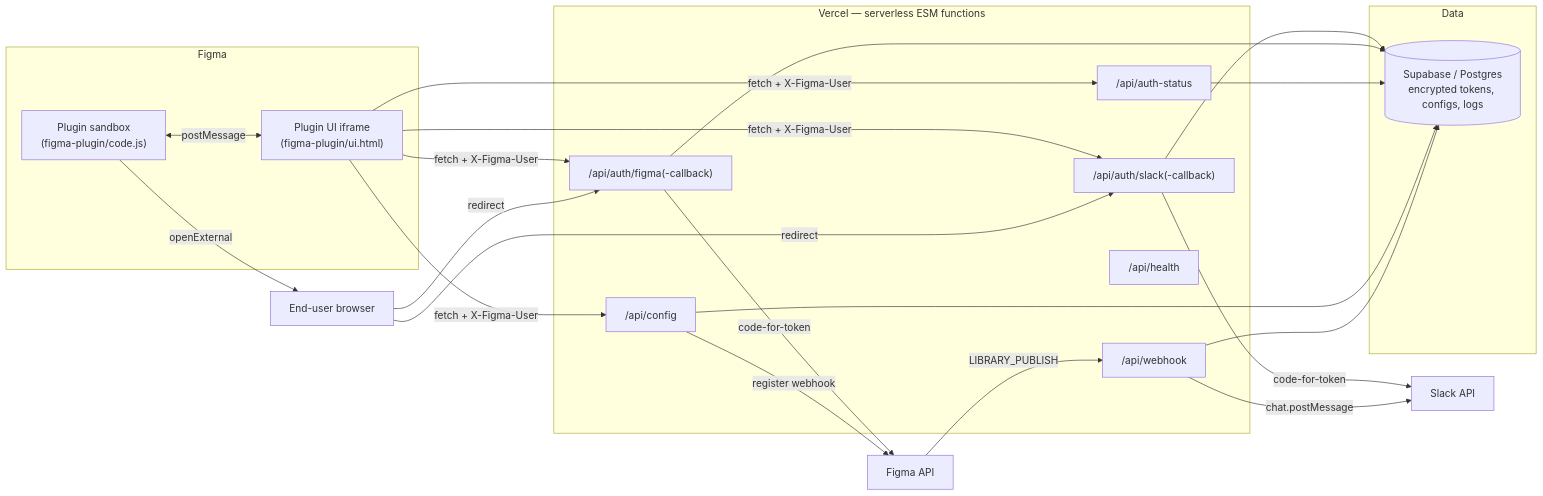
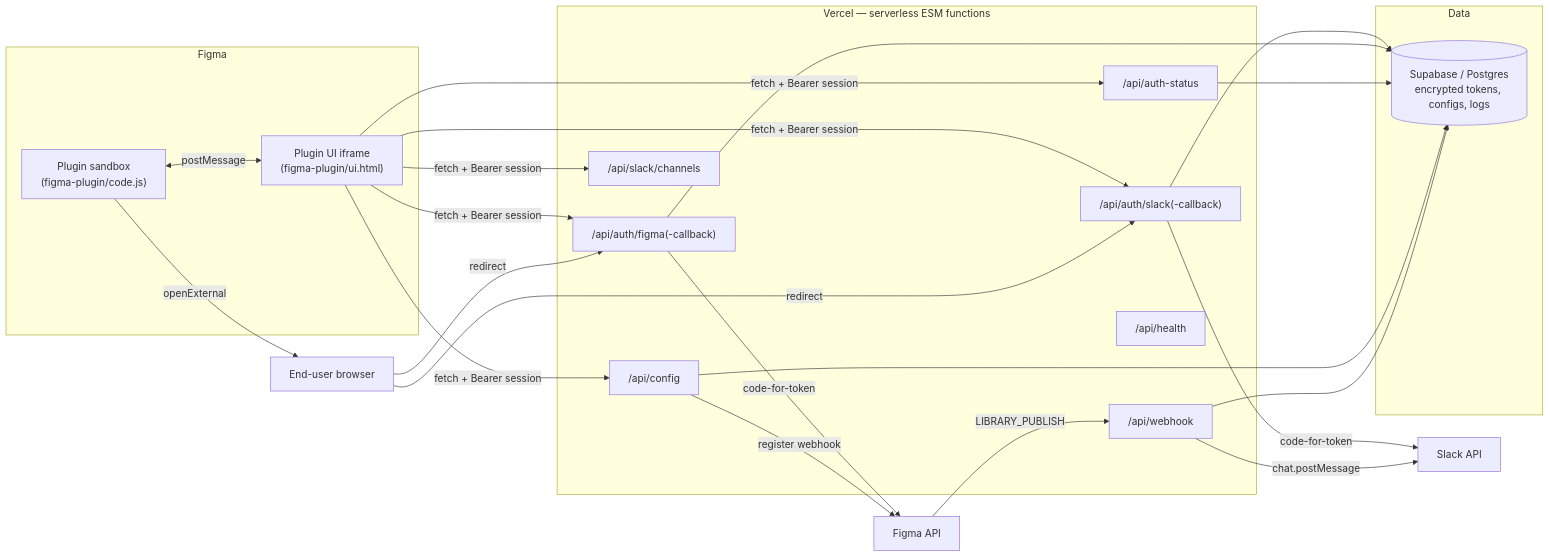
One commit to gragtajar/library-pulse changed the diagram in ARCHITECTURE.md. Above: the diagram before and after it, drawn with Mermaid. The commit also changed other lines of this file and 8 other files, not shown here.

````diff
--- a/ARCHITECTURE.md
+++ b/ARCHITECTURE.md
@@ -13,36 +13,37 @@
 ```mermaid
 flowchart LR
     subgraph Figma
         Plugin["Plugin sandbox<br/>(figma-plugin/code.js)"]
         UI["Plugin UI iframe<br/>(figma-plugin/ui.html)"]
         Plugin <--postMessage--> UI
     end
 
     subgraph Vercel["Vercel — serverless ESM functions"]
         AuthSlack["/api/auth/slack(-callback)"]
         AuthFigma["/api/auth/figma(-callback)"]
         Status["/api/auth-status"]
         Config["/api/config"]
+        SlackChannels["/api/slack/channels"]
         Webhook["/api/webhook"]
         Health["/api/health"]
     end
 
     subgraph Data
         SB[(Supabase / Postgres<br/>encrypted tokens, configs, logs)]
     end
 
     Browser["End-user browser"]
     SlackAPI["Slack API"]
     FigmaAPI["Figma API"]
 
-    UI -- fetch + X-Figma-User --> AuthSlack & AuthFigma & Status & Config
+    UI -- fetch + Bearer session --> AuthSlack & AuthFigma & Status & Config & SlackChannels
     Plugin -- openExternal --> Browser
     Browser -- redirect --> AuthSlack
     Browser -- redirect --> AuthFigma
     AuthSlack & AuthFigma & Status & Config & Webhook --> SB
     AuthSlack -- code-for-token --> SlackAPI
     AuthFigma -- code-for-token --> FigmaAPI
     Config -- register webhook --> FigmaAPI
     FigmaAPI -- LIBRARY_PUBLISH --> Webhook
     Webhook -- chat.postMessage --> SlackAPI
 ```
````
